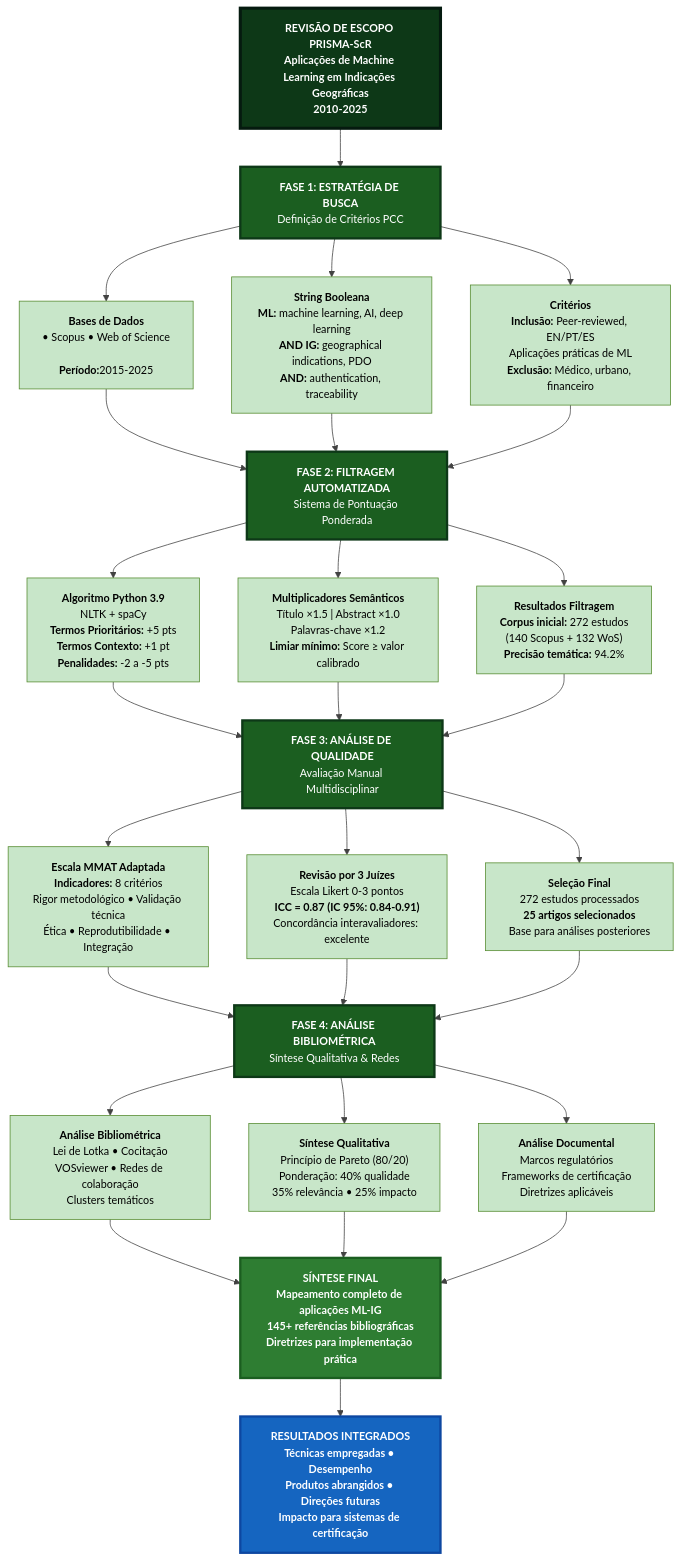
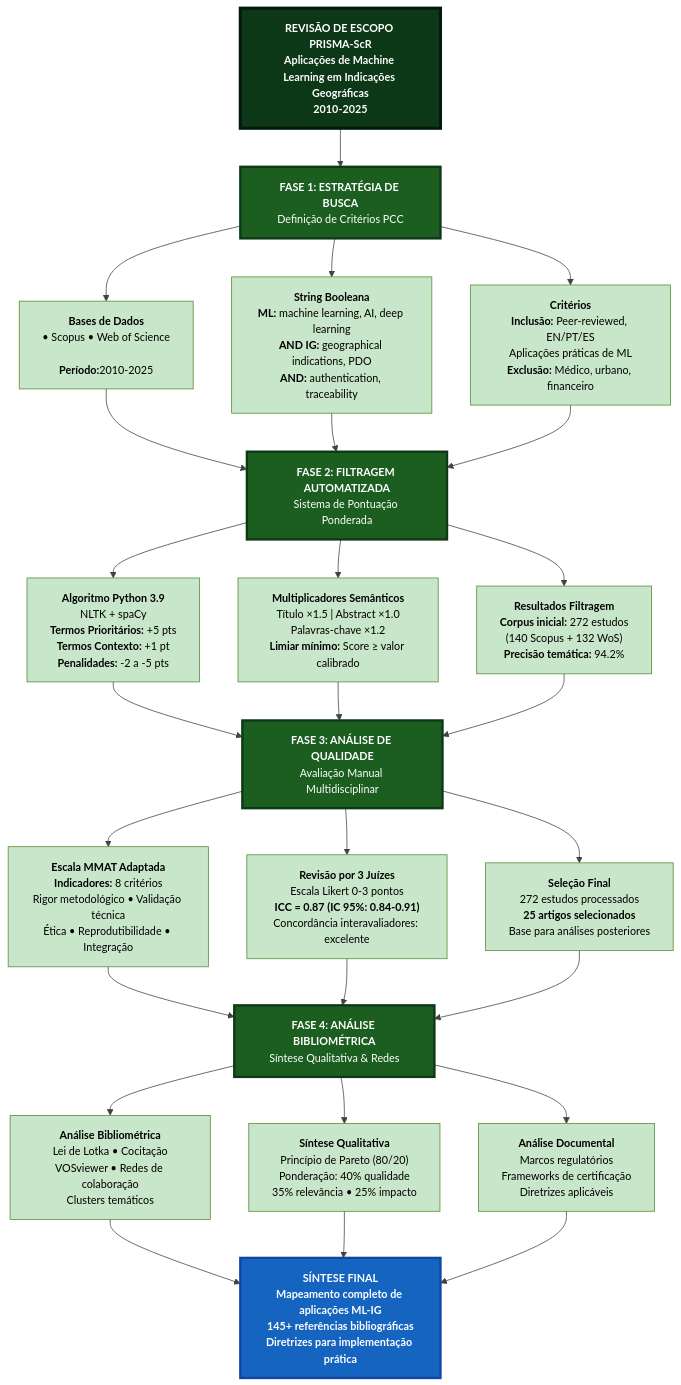
Before and after one commit to ldvsantos-uefs/revisaoescopo: the diagram in 1-MANUSCRITO/2-FIGURAS/revisao_sistematica_parte1.mmd, drawn with Mermaid. The commit also changed 3 other files, not shown here.

```diff
--- a/1-MANUSCRITO/2-FIGURAS/revisao_sistematica_parte1.mmd
+++ b/1-MANUSCRITO/2-FIGURAS/revisao_sistematica_parte1.mmd
@@ -1,73 +1,71 @@
 %%{init: {'theme': 'base', 'themeVariables': { 'fontSize': '14px', 'primaryColor': '#1B5E20', 'primaryBorderColor': '#0D3817', 'lineColor': '#424242', 'tertiaryColor': '#C8E6C9'}, 'flowchart': {'useMaxWidth': true, 'htmlLabels': true, 'curve': 'basis'}}}%%
 
 flowchart TD
     
     START["<b>REVISÃO DE ESCOPO PRISMA-ScR</b><br/>Aplicações de Machine Learning em Indicações Geográficas<br/>2010-2025"]
     
     START --> SEARCH["<b>FASE 1: ESTRATÉGIA DE BUSCA</b><br/>Definição de Critérios PCC"]
     
-    SEARCH --> SEARCH_A["<b>Bases de Dados</b><br/>• Scopus • Web of Science<br/><br/><b>Período:</b>2015-2025"]
+    SEARCH --> SEARCH_A["<b>Bases de Dados</b><br/>• Scopus • Web of Science<br/><br/><b>Período:</b>2010-2025"]
     
     SEARCH --> SEARCH_B["<b>String Booleana</b><br/><b>ML:</b> machine learning, AI, deep learning<br/><b>AND IG:</b> geographical indications, PDO<br/><b>AND:</b> authentication, traceability"]
     
     SEARCH --> SEARCH_C["<b>Critérios</b><br/><b>Inclusão:</b> Peer-reviewed, EN/PT/ES<br/>Aplicações práticas de ML<br/><b>Exclusão:</b> Médico, urbano, financeiro"]
     
     SEARCH_A --> FILTER["<b>FASE 2: FILTRAGEM AUTOMATIZADA</b><br/>Sistema de Pontuação Ponderada"]
     SEARCH_B --> FILTER
     SEARCH_C --> FILTER
     
     FILTER --> FILTER_A["<b>Algoritmo Python 3.9</b><br/>NLTK + spaCy<br/><b>Termos Prioritários:</b> +5 pts<br/><b>Termos Contexto:</b> +1 pt<br/><b>Penalidades:</b> -2 a -5 pts"]
     
     FILTER --> FILTER_B["<b>Multiplicadores Semânticos</b><br/>Título ×1.5 | Abstract ×1.0<br/>Palavras-chave ×1.2<br/><b>Limiar mínimo:</b> Score ≥ valor calibrado"]
     
     FILTER --> FILTER_C["<b>Resultados Filtragem</b><br/><b>Corpus inicial:</b> 272 estudos<br/>(140 Scopus + 132 WoS)<br/><b>Precisão temática:</b> 94.2%"]
     
     FILTER_A --> QUALITY["<b>FASE 3: ANÁLISE DE QUALIDADE</b><br/>Avaliação Manual Multidisciplinar"]
     FILTER_B --> QUALITY
     FILTER_C --> QUALITY
     
     QUALITY --> QUALITY_A["<b>Escala MMAT Adaptada</b><br/><b>Indicadores:</b> 8 critérios<br/>Rigor metodológico • Validação técnica<br/>Ética • Reprodutibilidade • Integração"]
     
     QUALITY --> QUALITY_B["<b>Revisão por 3 Juízes</b><br/>Escala Likert 0-3 pontos<br/><b>ICC = 0.87 (IC 95%: 0.84-0.91)</b><br/>Concordância interavaliadores: excelente"]
     
     QUALITY --> QUALITY_C["<b>Seleção Final</b><br/>272 estudos processados<br/><b>25 artigos selecionados</b><br/>Base para análises posteriores"]
     
     QUALITY_A --> BIBLIO["<b>FASE 4: ANÁLISE BIBLIOMÉTRICA</b><br/>Síntese Qualitativa & Redes"]
     QUALITY_B --> BIBLIO
     QUALITY_C --> BIBLIO
     
     BIBLIO --> BIBLIO_A["<b>Análise Bibliométrica</b><br/>Lei de Lotka • Cocitação<br/>VOSviewer • Redes de colaboração<br/>Clusters temáticos"]
     
     BIBLIO --> BIBLIO_B["<b>Síntese Qualitativa</b><br/>Princípio de Pareto (80/20)<br/>Ponderação: 40% qualidade<br/>35% relevância • 25% impacto"]
     
     BIBLIO --> BIBLIO_C["<b>Análise Documental</b><br/>Marcos regulatórios<br/>Frameworks de certificação<br/>Diretrizes aplicáveis"]
     
     BIBLIO_A --> OUTPUT["<b>SÍNTESE FINAL</b><br/>Mapeamento completo de aplicações ML-IG<br/>145+ referências bibliográficas<br/>Diretrizes para implementação prática"]
     BIBLIO_B --> OUTPUT
     BIBLIO_C --> OUTPUT
     
-    OUTPUT --> RESULT["<b>RESULTADOS INTEGRADOS</b><br/>Técnicas empregadas • Desempenho<br/>Produtos abrangidos • Direções futuras<br/>Impacto para sistemas de certificação"]
     
     %% ESTILOS
     style START fill:#0D3817,stroke:#051A0F,stroke-width:4px,color:#fff,font-weight:bold
     
     style SEARCH fill:#1B5E20,stroke:#0D3817,stroke-width:3px,color:#fff
     style FILTER fill:#1B5E20,stroke:#0D3817,stroke-width:3px,color:#fff
     style QUALITY fill:#1B5E20,stroke:#0D3817,stroke-width:3px,color:#fff
     style BIBLIO fill:#1B5E20,stroke:#0D3817,stroke-width:3px,color:#fff
     
     style SEARCH_A fill:#C8E6C9,stroke:#558B2F,stroke-width:1px,color:#000
     style SEARCH_B fill:#C8E6C9,stroke:#558B2F,stroke-width:1px,color:#000
     style SEARCH_C fill:#C8E6C9,stroke:#558B2F,stroke-width:1px,color:#000
     style FILTER_A fill:#C8E6C9,stroke:#558B2F,stroke-width:1px,color:#000
     style FILTER_B fill:#C8E6C9,stroke:#558B2F,stroke-width:1px,color:#000
     style FILTER_C fill:#C8E6C9,stroke:#558B2F,stroke-width:1px,color:#000
     style QUALITY_A fill:#C8E6C9,stroke:#558B2F,stroke-width:1px,color:#000
     style QUALITY_B fill:#C8E6C9,stroke:#558B2F,stroke-width:1px,color:#000
     style QUALITY_C fill:#C8E6C9,stroke:#558B2F,stroke-width:1px,color:#000
     style BIBLIO_A fill:#C8E6C9,stroke:#558B2F,stroke-width:1px,color:#000
     style BIBLIO_B fill:#C8E6C9,stroke:#558B2F,stroke-width:1px,color:#000
     style BIBLIO_C fill:#C8E6C9,stroke:#558B2F,stroke-width:1px,color:#000
     
-    style OUTPUT fill:#2E7D32,stroke:#1B5E20,stroke-width:3px,color:#fff,font-weight:bold
-    style RESULT fill:#1565C0,stroke:#0D47A1,stroke-width:3px,color:#fff,font-weight:bold
+    style OUTPUT fill:#1565C0,stroke:#0D47A1,stroke-width:3px,color:#fff,font-weight:bold
```
